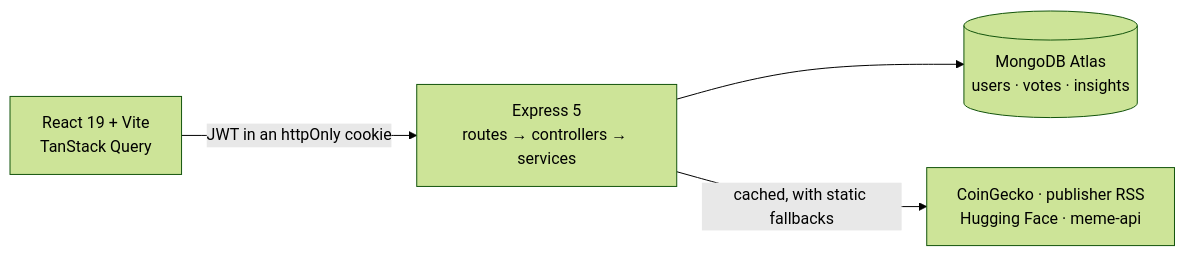
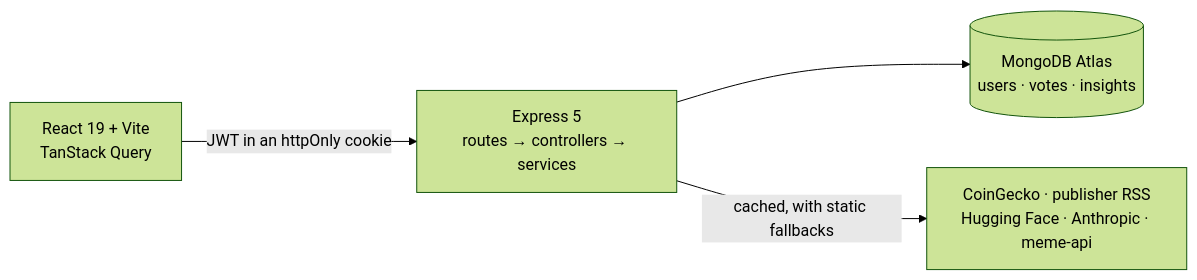
One commit to EdenIvgi/ai-crypto-advisor changed the diagram in README.md. Above: the diagram before and after it, drawn with Mermaid (forest theme). The commit also changed other lines of this file, not shown here.

````diff
--- a/README.md
+++ b/README.md
@@ -101,11 +112,11 @@
 ```mermaid
 flowchart LR
     Browser["React 19 + Vite<br/>TanStack Query"]
     API["Express 5<br/>routes → controllers → services"]
     DB[("MongoDB Atlas<br/>users · votes · insights")]
-    Ext["CoinGecko · publisher RSS<br/>Hugging Face · meme-api"]
+    Ext["CoinGecko · publisher RSS<br/>Hugging Face · Anthropic · meme-api"]
 
     Browser -- "JWT in an httpOnly cookie" --> API
     API --> DB
     API -- "cached, with static fallbacks" --> Ext
 ```
````
